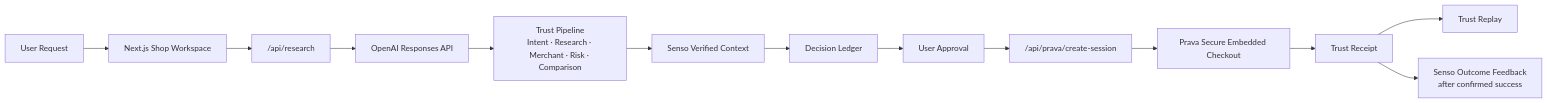
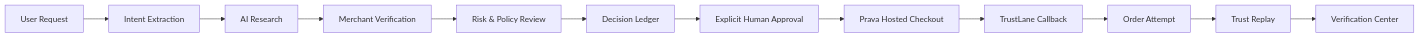
One commit to chyokore/Trustlane changed the diagram in README.md. Above: the diagram before and after it, drawn with Mermaid. The commit also changed other lines of this file and 15 other files, not shown here.

Commit message:
release: polish TrustLane hackathon submission

````diff
--- a/README.md
+++ b/README.md
@@ -36,15 +21,14 @@
 ```mermaid
 flowchart LR
-  user["User Request"] --> workspace["Next.js Shop Workspace"]
-  workspace --> research["/api/research"]
-  research --> openai["OpenAI Responses API"]
-  openai --> pipeline["Trust Pipeline<br/>Intent · Research · Merchant · Risk · Comparison"]
-  pipeline --> senso["Senso Verified Context"]
-  senso --> ledger["Decision Ledger"]
-  ledger --> approval["User Approval"]
-  approval --> session["/api/prava/create-session"]
-  session --> checkout["Prava Secure Embedded Checkout"]
-  checkout --> receipt["Trust Receipt"]
-  receipt --> replay["Trust Replay"]
-  receipt --> feedback["Senso Outcome Feedback<br/>after confirmed success"]
+    U["User Request"] --> I["Intent Extraction"]
+    I --> R["AI Research"]
+    R --> V["Merchant Verification"]
+    V --> K["Risk & Policy Review"]
+    K --> D["Decision Ledger"]
+    D --> A["Explicit Human Approval"]
+    A --> P["Prava Hosted Checkout"]
+    P --> C["TrustLane Callback"]
+    C --> O["Order Attempt"]
+    O --> T["Trust Replay"]
+    T --> X["Verification Center"]
 ```
````
